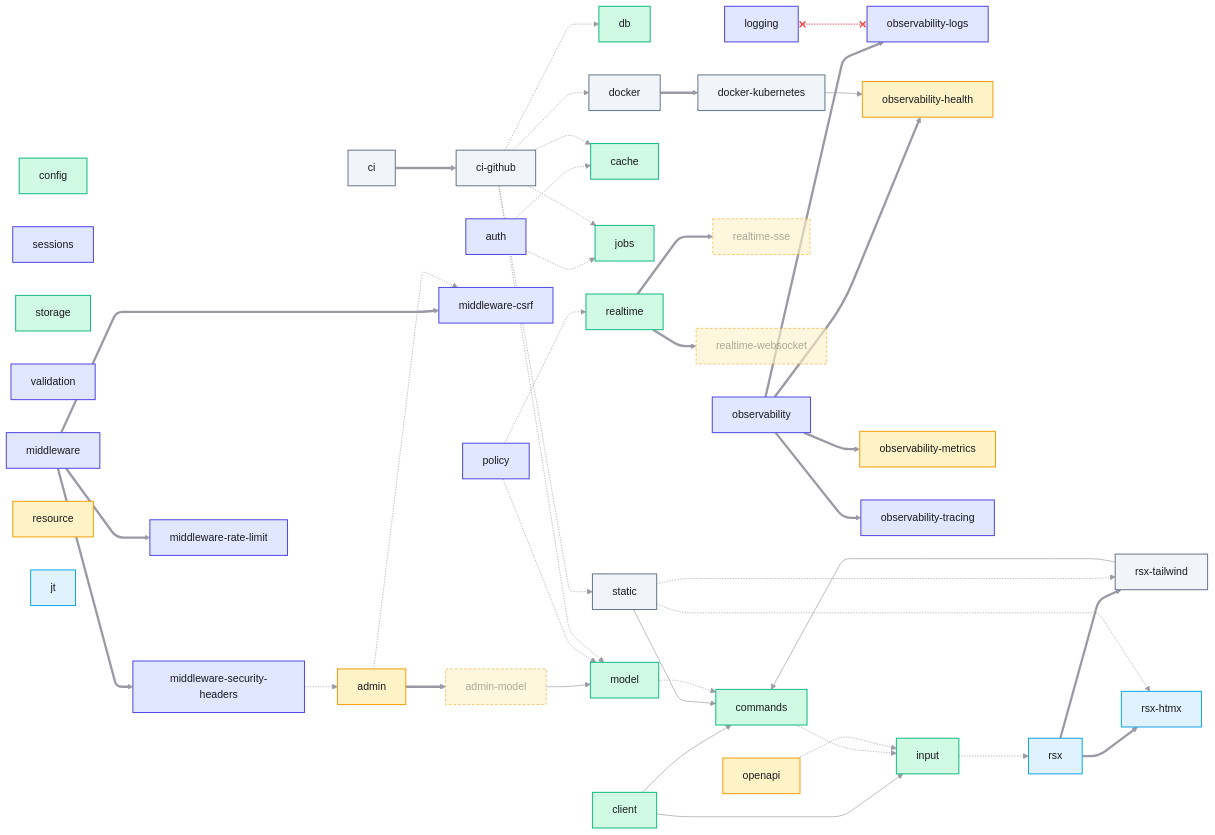
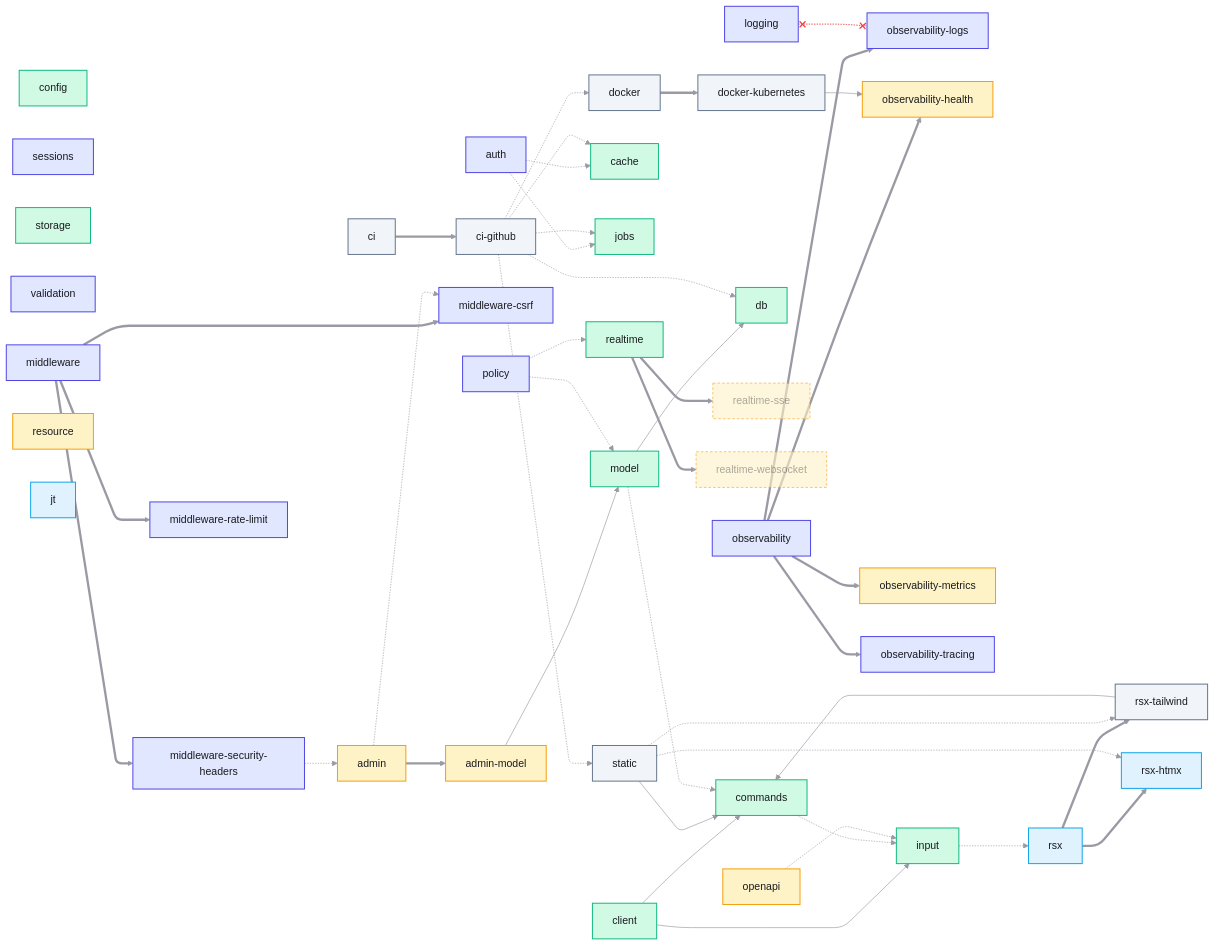
One commit to DHHwasRight/brocanth changed the second of 2 diagrams in docs/module-map.md. Above: the diagram before and after it, drawn with Mermaid. The commit also changed other lines of this file and 15 other files, not shown here.

First line of the commit message:
docs: the model over the db pool, ctx.orm(), and admin-model unblocked

````diff
--- a/docs/module-map.md
+++ b/docs/module-map.md
@@ -188,7 +188,7 @@
   k8s[docker-kubernetes]:::ex
   ci:::ex
   ci_gh[ci-github]:::ex
-  class rt_sse,rt_ws,admin_model blocked
+  class rt_sse,rt_ws blocked
 
   obs ==> obs_logs & obs_health & obs_metrics & obs_tracing
   mwr ==> csrf & sech & rate
@@ -204,6 +204,7 @@
   static --> commands
   k8s --> obs_health
   admin_model --> model
+  model --> db
 
   logging x-.-x obs_logs
   auth -.-> jobs
@@ -220,10 +221,9 @@
   static -.-> htmx
   ci_gh -.-> docker
   ci_gh -.-> static
-  ci_gh -.-> model
   ci_gh -.-> jobs
   ci_gh -.-> cache
   ci_gh -.-> db
 
-  linkStyle 20 stroke:#ef4444,stroke-width:1.5px
+  linkStyle 21 stroke:#ef4444,stroke-width:1.5px
 ```
````
